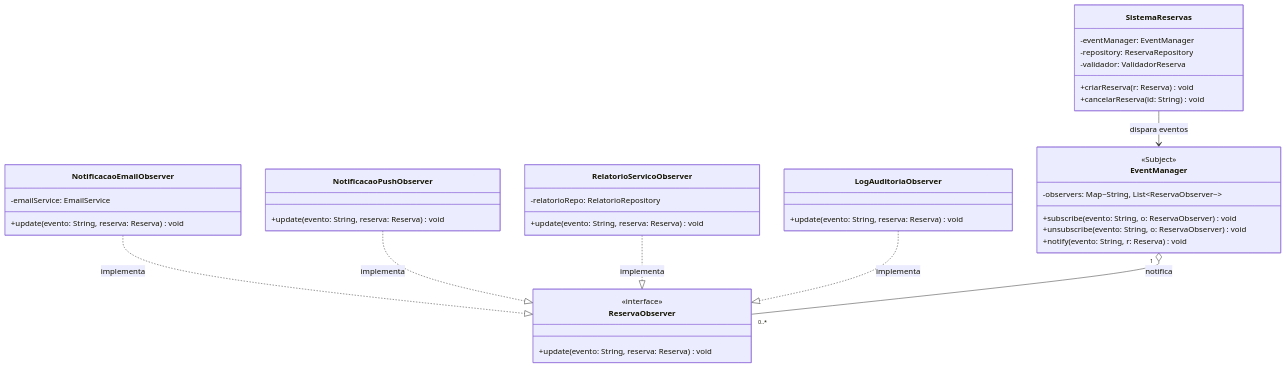
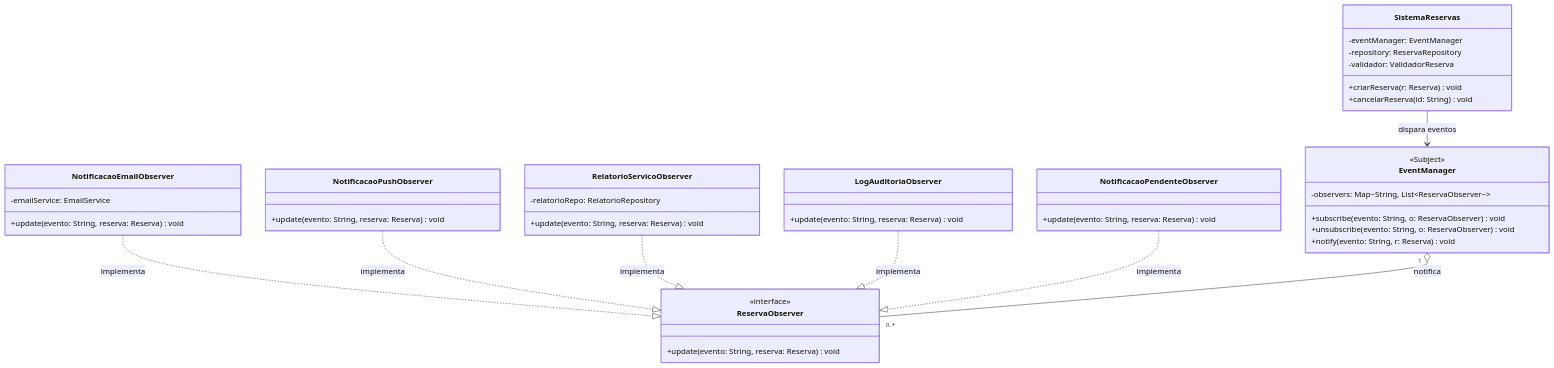
Before and after one commit to GrazieleUnifesp/ReservadeSala_Extensao: the fifth of 7 diagrams in docs/IDEA.md, drawn with Mermaid. The commit also changed other lines of this file, not shown here.

Commit message:
docs: atualiza diagrama de classes com padrão Proxy e métodos de histórico

````diff
--- a/docs/IDEA.md
+++ b/docs/IDEA.md
@@ -261,54 +264,60 @@
 ```mermaid
 classDiagram
     direction TB
 
     class EventManager {
         <<Subject>>
         -observers: Map~String, List~ReservaObserver~~
         +subscribe(evento: String, o: ReservaObserver) void
         +unsubscribe(evento: String, o: ReservaObserver) void
         +notify(evento: String, r: Reserva) void
     }
 
     class ReservaObserver {
         <<interface>>
         +update(evento: String, reserva: Reserva) void
     }
 
     class NotificacaoEmailObserver {
         -emailService: EmailService
         +update(evento: String, reserva: Reserva) void
         %% Envia e-mail ao usuário
     }
 
     class NotificacaoPushObserver {
         +update(evento: String, reserva: Reserva) void
         %% Notificação push mobile
     }
 
     class RelatorioServicoObserver {
         -relatorioRepo: RelatorioRepository
         +update(evento: String, reserva: Reserva) void
         %% Registra evento para relatórios
     }
 
     class LogAuditoriaObserver {
         +update(evento: String, reserva: Reserva) void
         %% Grava log de auditoria
     }
 
+    class NotificacaoPendenteObserver {
+        +update(evento: String, reserva: Reserva) void
+        %% Avisa sobre conflito de reserva recorrente
+    }
+
     class SistemaReservas {
         -eventManager: EventManager
         -repository: ReservaRepository
         -validador: ValidadorReserva
         +criarReserva(r: Reserva) void
         +cancelarReserva(id: String) void
     }
 
     NotificacaoEmailObserver ..|> ReservaObserver : implementa
     NotificacaoPushObserver ..|> ReservaObserver : implementa
     RelatorioServicoObserver ..|> ReservaObserver : implementa
     LogAuditoriaObserver ..|> ReservaObserver : implementa
+    NotificacaoPendenteObserver ..|> ReservaObserver : implementa
     EventManager "1" o-- "0..*" ReservaObserver : notifica
     SistemaReservas --> EventManager : dispara eventos
 ```
````
